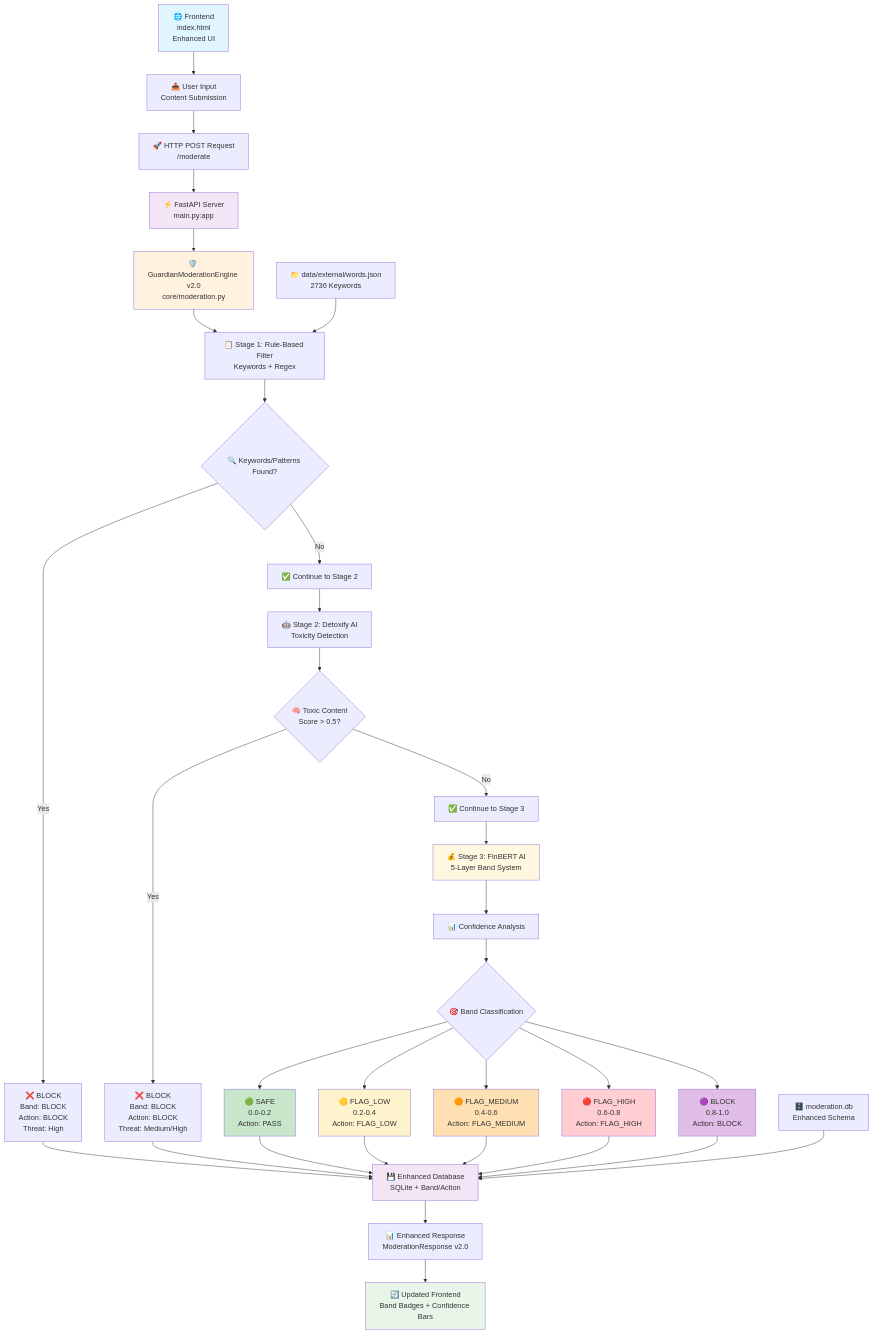
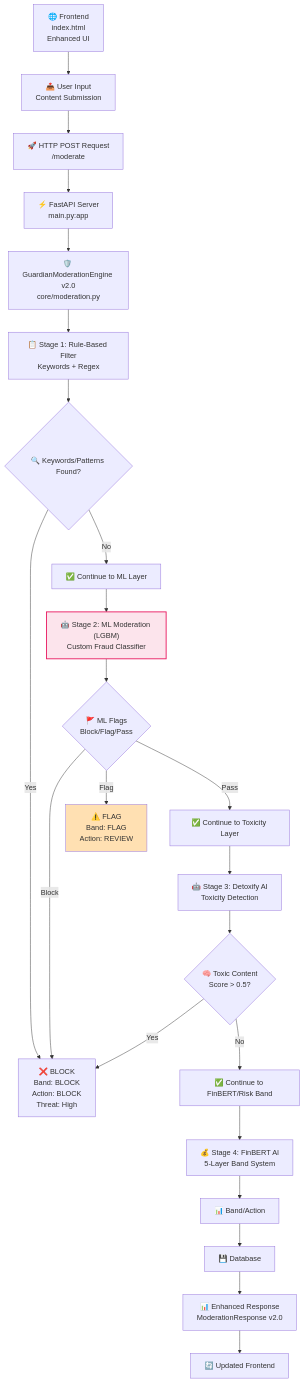
One commit to rohan-g0re/MARV_content_moderation_engine changed the diagram in README.md. Above: the diagram before and after it, drawn with Mermaid. The commit also changed other lines of this file, not shown here.

````diff
--- a/README.md
+++ b/README.md
@@ -29,54 +33,34 @@
 ```mermaid
 graph TD
     A["🌐 Frontend<br/>index.html<br/>Enhanced UI"] --> B["📤 User Input<br/>Content Submission"]
     B --> C["🚀 HTTP POST Request<br/>/moderate"]
     C --> D["⚡ FastAPI Server<br/>main.py:app"]
-    
+
     D --> E["🛡️ GuardianModerationEngine v2.0<br/>core/moderation.py"]
-    
+
     E --> F["📋 Stage 1: Rule-Based Filter<br/>Keywords + Regex"]
     F --> G{"🔍 Keywords/Patterns Found?"}
     G -->|Yes| H["❌ BLOCK<br/>Band: BLOCK<br/>Action: BLOCK<br/>Threat: High"]
-    G -->|No| I["✅ Continue to Stage 2"]
-    
-    I --> J["🤖 Stage 2: Detoxify AI<br/>Toxicity Detection"]
-    J --> K{"🧠 Toxic Content<br/>Score > 0.5?"}
-    K -->|Yes| L["❌ BLOCK<br/>Band: BLOCK<br/>Action: BLOCK<br/>Threat: Medium/High"]
-    K -->|No| M["✅ Continue to Stage 3"]
-    
-    M --> N["💰 Stage 3: FinBERT AI<br/>5-Layer Band System"]
-    N --> O["📊 Confidence Analysis"]
-    O --> P{"🎯 Band Classification"}
-    
-    P --> Q["🟢 SAFE<br/>0.0-0.2<br/>Action: PASS"]
-    P --> R["🟡 FLAG_LOW<br/>0.2-0.4<br/>Action: FLAG_LOW"]
-    P --> S["🟠 FLAG_MEDIUM<br/>0.4-0.6<br/>Action: FLAG_MEDIUM"]
-    P --> T["🔴 FLAG_HIGH<br/>0.6-0.8<br/>Action: FLAG_HIGH"]
-    P --> U["🟣 BLOCK<br/>0.8-1.0<br/>Action: BLOCK"]
-    
-    H --> V["💾 Enhanced Database<br/>SQLite + Band/Action"]
-    L --> V
-    Q --> V
-    R --> V
-    S --> V
-    T --> V
-    U --> V
-    
-    V --> W["📊 Enhanced Response<br/>ModerationResponse v2.0"]
-    W --> X["🔄 Updated Frontend<br/>Band Badges + Confidence Bars"]
-    
-    Y["📁 data/external/words.json<br/>2736 Keywords"] --> F
-    Z["🗄️ moderation.db<br/>Enhanced Schema"] --> V
-    
-    style A fill:#e1f5fe
-    style D fill:#f3e5f5
-    style E fill:#fff3e0
-    style N fill:#fff8e1
-    style Q fill:#c8e6c9
-    style R fill:#fff3cd
-    style S fill:#ffe0b3
-    style T fill:#ffcdd2
-    style U fill:#e1bee7
-    style V fill:#f3e5f5
-    style X fill:#e8f5e8
+    G -->|No| I["✅ Continue to ML Layer"]
+
+    I --> J["🤖 Stage 2: ML Moderation (LGBM)<br/>Custom Fraud Classifier"]
+    J --> K{"🚩 ML Flags<br/>Block/Flag/Pass"}
+    K -->|Block| H
+    K -->|Flag| L["⚠️ FLAG<br/>Band: FLAG<br/>Action: REVIEW"]
+    K -->|Pass| M["✅ Continue to Toxicity Layer"]
+
+    M --> N["🤖 Stage 3: Detoxify AI<br/>Toxicity Detection"]
+    N --> O{"🧠 Toxic Content<br/>Score > 0.5?"}
+    O -->|Yes| H
+    O -->|No| P["✅ Continue to FinBERT/Risk Band"]
+
+    P --> Q["💰 Stage 4: FinBERT AI<br/>5-Layer Band System"]
+    Q --> R["📊 Band/Action"]
+
+    R --> S["💾 Database"]
+    S --> T["📊 Enhanced Response<br/>ModerationResponse v2.0"]
+    T --> U["🔄 Updated Frontend"]
+
+    style J fill:#fce4ec,stroke:#e91e63,stroke-width:2px
+    style L fill:#ffe0b2
 ```
````
